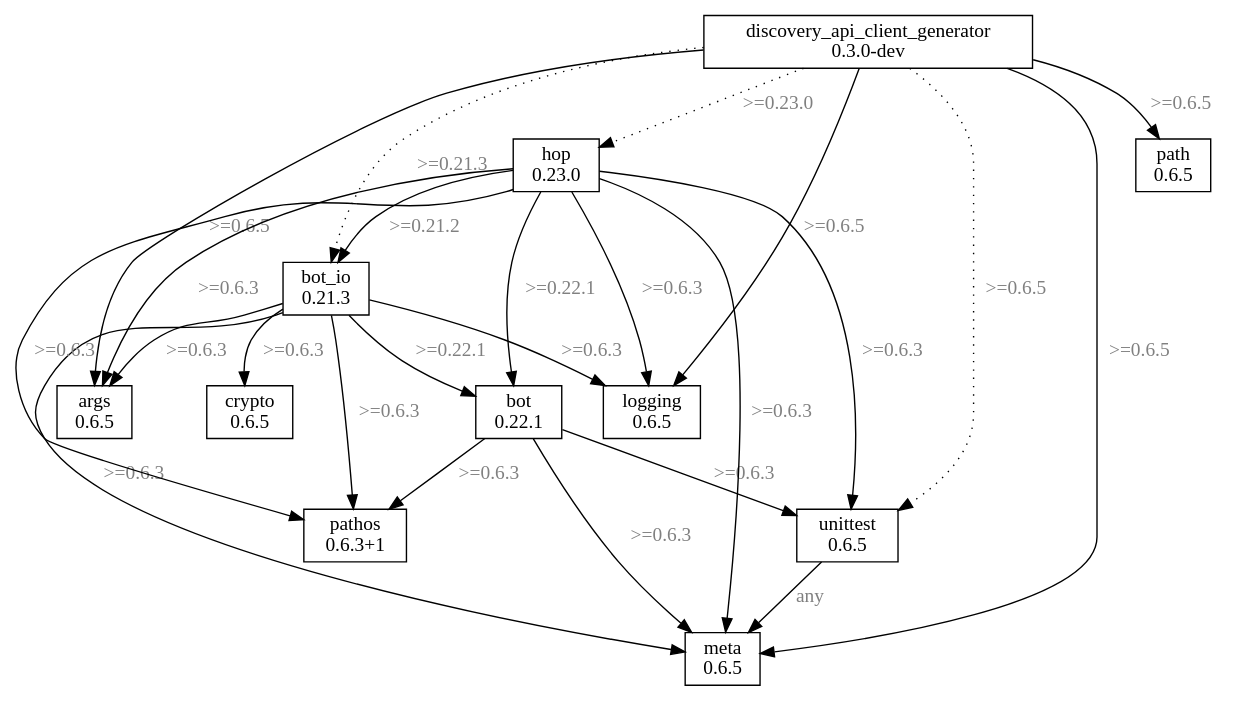
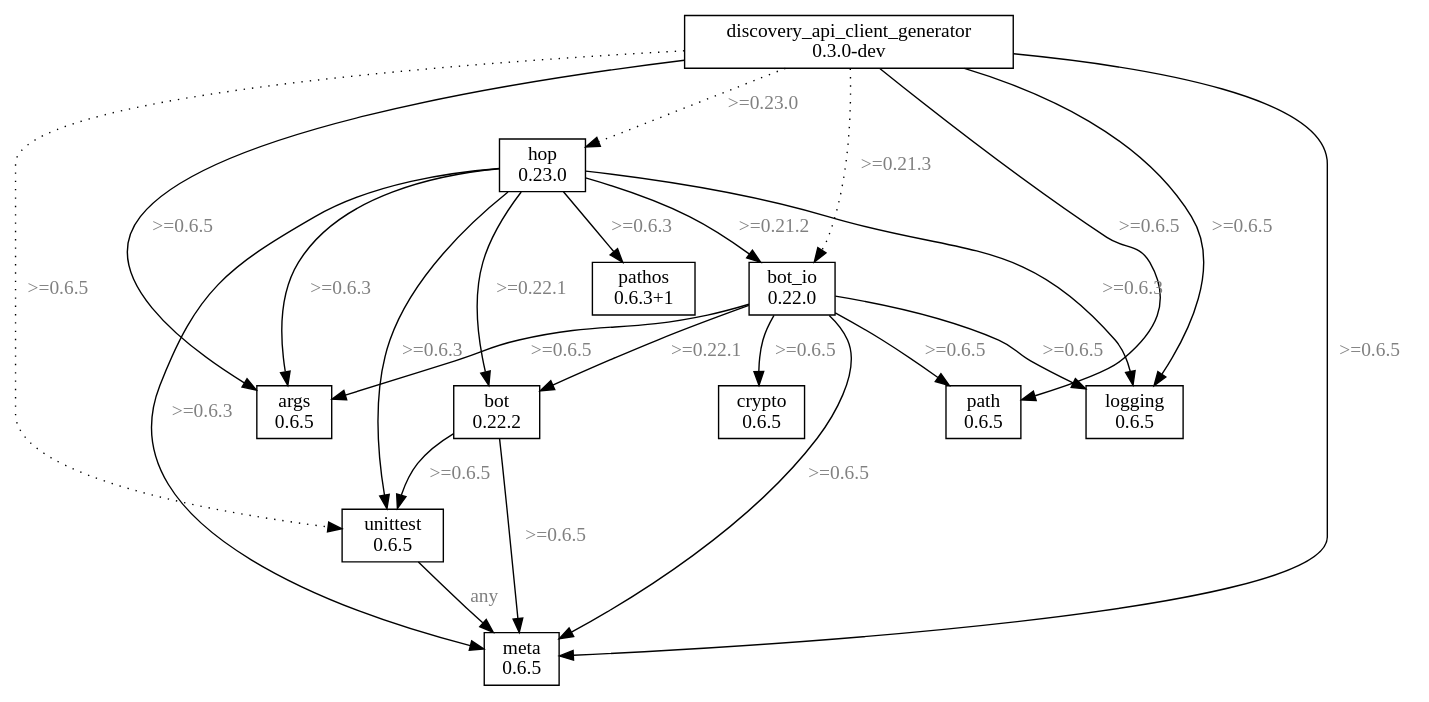
One commit to kevmoo/pubviz changed the diagram in docs/sample.dot. Above: the diagram before and after it, drawn with Graphviz. The commit also changed 1 other file, not shown here.

```diff
--- a/docs/sample.dot
+++ b/docs/sample.dot
@@ -1,59 +1,58 @@
 digraph G {
 
   args [label="args
-0.6.5",shape=box]
+0.6.5",shape=box];
 
   bot [label="bot
-0.22.1",shape=box]
-  bot -> meta [label=">=0.6.3",fontcolor=gray]
-  bot -> pathos [label=">=0.6.3",fontcolor=gray]
-  bot -> unittest [label=">=0.6.3",fontcolor=gray]
+0.22.2",shape=box];
+  bot -> meta [label=">=0.6.5",fontcolor=gray];
+  bot -> unittest [label=">=0.6.5",fontcolor=gray];
 
   bot_io [label="bot_io
-0.21.3",shape=box]
-  bot_io -> args [label=">=0.6.3",fontcolor=gray]
-  bot_io -> bot [label=">=0.22.1",fontcolor=gray]
-  bot_io -> crypto [label=">=0.6.3",fontcolor=gray]
-  bot_io -> logging [label=">=0.6.3",fontcolor=gray]
-  bot_io -> meta [label=">=0.6.3",fontcolor=gray]
-  bot_io -> pathos [label=">=0.6.3",fontcolor=gray]
+0.22.0",shape=box];
+  bot_io -> args [label=">=0.6.5",fontcolor=gray];
+  bot_io -> bot [label=">=0.22.1",fontcolor=gray];
+  bot_io -> crypto [label=">=0.6.5",fontcolor=gray];
+  bot_io -> logging [label=">=0.6.5",fontcolor=gray];
+  bot_io -> meta [label=">=0.6.5",fontcolor=gray];
+  bot_io -> path [label=">=0.6.5",fontcolor=gray];
 
   crypto [label="crypto
-0.6.5",shape=box]
+0.6.5",shape=box];
 
   discovery_api_client_generator [label="discovery_api_client_generator
-0.3.0-dev",shape=box]
-  discovery_api_client_generator -> args [label=">=0.6.5",fontcolor=gray]
-  discovery_api_client_generator -> logging [label=">=0.6.5",fontcolor=gray]
-  discovery_api_client_generator -> meta [label=">=0.6.5",fontcolor=gray]
-  discovery_api_client_generator -> path [label=">=0.6.5",fontcolor=gray]
-  discovery_api_client_generator -> bot_io [label=">=0.21.3",fontcolor=gray,style=dotted]
-  discovery_api_client_generator -> hop [label=">=0.23.0",fontcolor=gray,style=dotted]
-  discovery_api_client_generator -> unittest [label=">=0.6.5",fontcolor=gray,style=dotted]
+0.3.0-dev",shape=box];
+  discovery_api_client_generator -> args [label=">=0.6.5",fontcolor=gray];
+  discovery_api_client_generator -> logging [label=">=0.6.5",fontcolor=gray];
+  discovery_api_client_generator -> meta [label=">=0.6.5",fontcolor=gray];
+  discovery_api_client_generator -> path [label=">=0.6.5",fontcolor=gray];
+  discovery_api_client_generator -> bot_io [label=">=0.21.3",fontcolor=gray,style=dotted];
+  discovery_api_client_generator -> hop [label=">=0.23.0",fontcolor=gray,style=dotted];
+  discovery_api_client_generator -> unittest [label=">=0.6.5",fontcolor=gray,style=dotted];
 
   hop [label="hop
-0.23.0",shape=box]
-  hop -> args [label=">=0.6.3",fontcolor=gray]
-  hop -> bot [label=">=0.22.1",fontcolor=gray]
-  hop -> bot_io [label=">=0.21.2",fontcolor=gray]
-  hop -> logging [label=">=0.6.3",fontcolor=gray]
-  hop -> meta [label=">=0.6.3",fontcolor=gray]
-  hop -> pathos [label=">=0.6.3",fontcolor=gray]
-  hop -> unittest [label=">=0.6.3",fontcolor=gray]
+0.23.0",shape=box];
+  hop -> args [label=">=0.6.3",fontcolor=gray];
+  hop -> bot [label=">=0.22.1",fontcolor=gray];
+  hop -> bot_io [label=">=0.21.2",fontcolor=gray];
+  hop -> logging [label=">=0.6.3",fontcolor=gray];
+  hop -> meta [label=">=0.6.3",fontcolor=gray];
+  hop -> pathos [label=">=0.6.3",fontcolor=gray];
+  hop -> unittest [label=">=0.6.3",fontcolor=gray];
 
   logging [label="logging
-0.6.5",shape=box]
+0.6.5",shape=box];
 
   meta [label="meta
-0.6.5",shape=box]
+0.6.5",shape=box];
 
   path [label="path
-0.6.5",shape=box]
+0.6.5",shape=box];
 
   pathos [label="pathos
-0.6.3+1",shape=box]
+0.6.3+1",shape=box];
 
   unittest [label="unittest
-0.6.5",shape=box]
-  unittest -> meta [label="any",fontcolor=gray]
+0.6.5",shape=box];
+  unittest -> meta [label="any",fontcolor=gray];
 }
```
